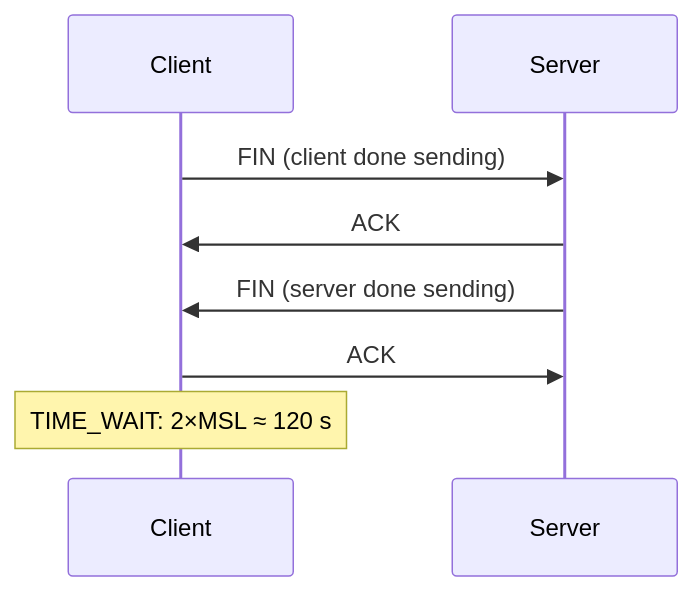
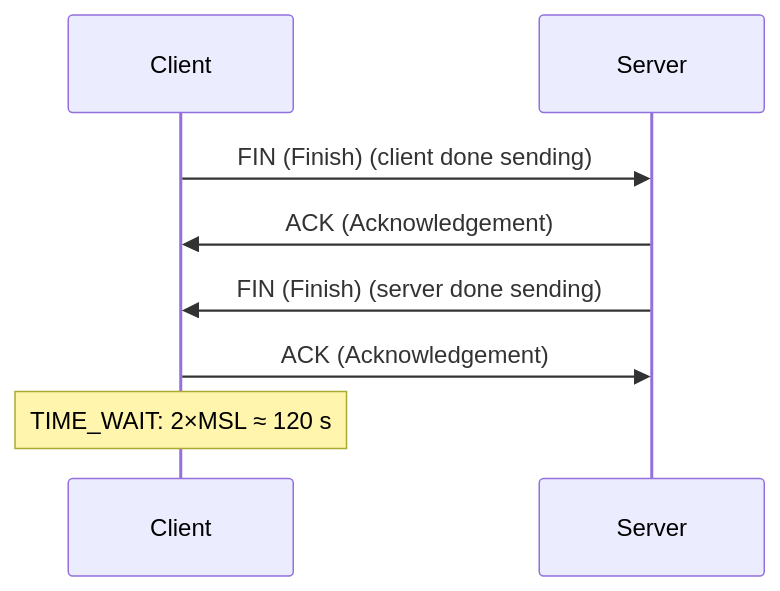
One commit to shivajideotale/system-design-notes changed the second of 5 diagrams in phase-1/networking.md. Above: the diagram before and after it, drawn with Mermaid. The commit also changed other lines of this file, not shown here.

Commit message:
Add detailed OSI model explanation and packet flow encapsulation to networking documentation

````diff
--- a/phase-1/networking.md
+++ b/phase-1/networking.md
@@ -38,10 +104,10 @@
 ```mermaid
 sequenceDiagram
     participant C as Client
     participant S as Server
-    C->>S: FIN (client done sending)
-    S->>C: ACK
-    S->>C: FIN (server done sending)
-    C->>S: ACK
+    C->>S: FIN (Finish) (client done sending)
+    S->>C: ACK (Acknowledgement)
+    S->>C: FIN (Finish) (server done sending)
+    C->>S: ACK (Acknowledgement)
     Note over C: TIME_WAIT: 2×MSL ≈ 120 s
 ```
````
